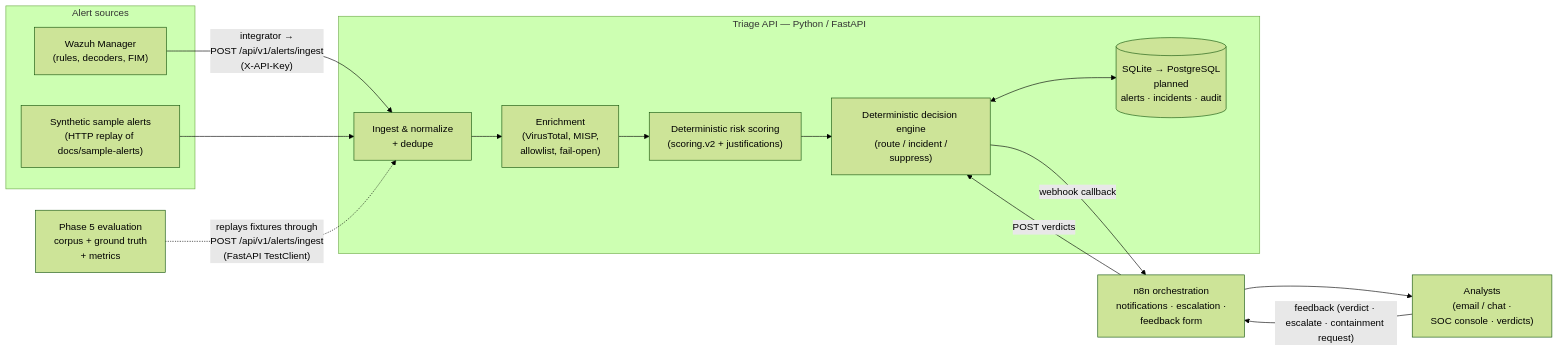
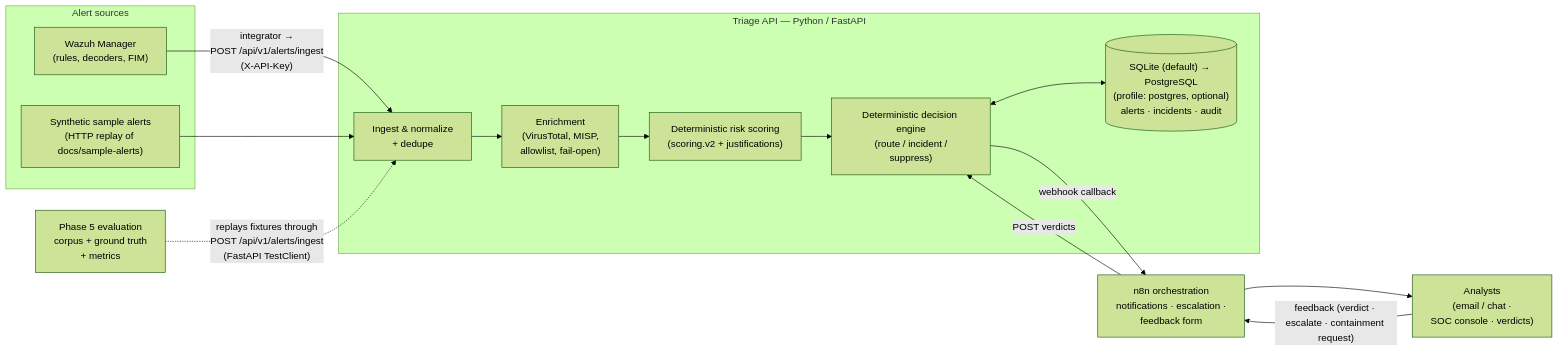
The diagram in README.md (SadashivPole/soc-alert-triage-automation), drawn with Mermaid (forest theme) before and after one commit. The commit also changed other lines of this file and 9 other files, not shown here.

Commit message:
feat: add optional PostgreSQL profile and parity tests

````diff
--- a/README.md
+++ b/README.md
@@ -139,29 +139,29 @@
 ```mermaid
 flowchart LR
     subgraph sources["Alert sources"]
         W["Wazuh Manager\n(rules, decoders, FIM)"]
         S["Synthetic sample alerts\n(HTTP replay of docs/sample-alerts)"]
     end
 
     subgraph triage["Triage API — Python / FastAPI"]
         IN["Ingest & normalize\n+ dedupe"]
         ER["Enrichment\n(VirusTotal, MISP,\nallowlist, fail-open)"]
         SC["Deterministic risk scoring\n(scoring.v2 + justifications)"]
         DE["Deterministic decision engine\n(route / incident /\nsuppress)"]
-        DB[("SQLite → PostgreSQL\nplanned\nalerts · incidents · audit")]
+        DB[("SQLite (default) → PostgreSQL\n(profile: postgres, optional)\nalerts · incidents · audit")]
     end
 
     N["n8n orchestration\nnotifications · escalation ·\nfeedback form"]
     A["Analysts\n(email / chat ·\nSOC console · verdicts)"]
     EV["Phase 5 evaluation\ncorpus + ground truth\n+ metrics"]
 
     W -->|"integrator →\nPOST /api/v1/alerts/ingest\n(X-API-Key)"| IN
     S --> IN
     IN --> ER --> SC --> DE
     DE <--> DB
     DE -->|"webhook callback"| N
     N --> A
     A -->|"feedback (verdict · escalate · containment request)"| N
     N -->|"POST verdicts"| DE
     EV -.->|"replays fixtures through\nPOST /api/v1/alerts/ingest\n(FastAPI TestClient)"| IN
 ```
````
